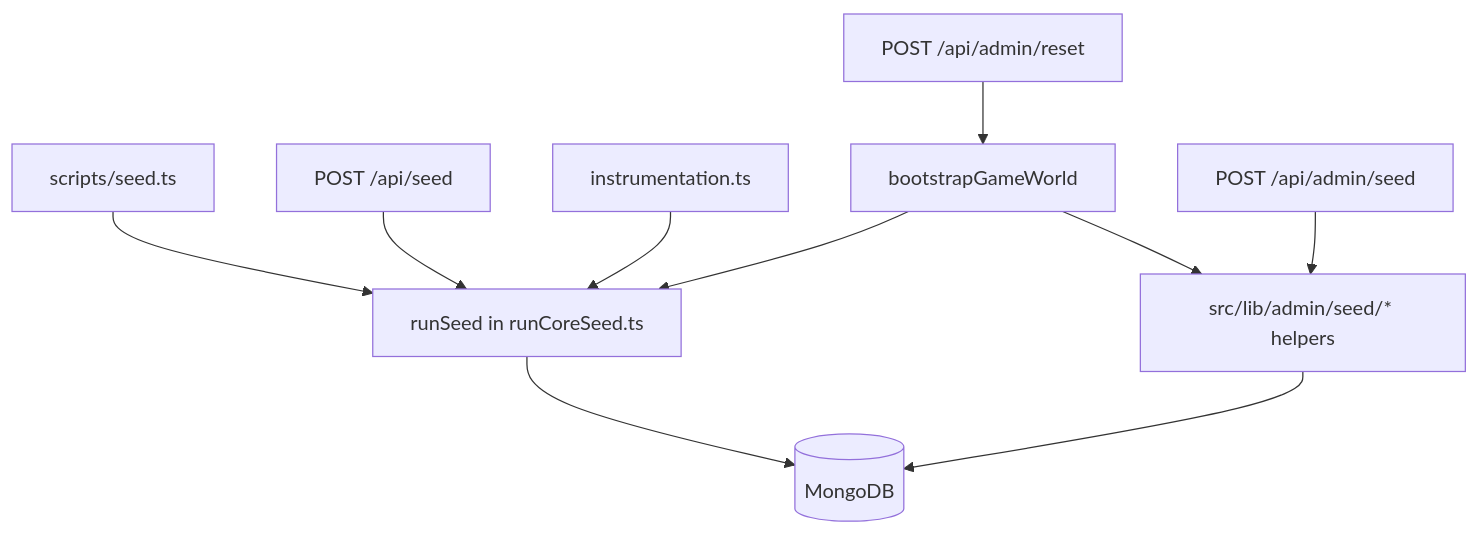
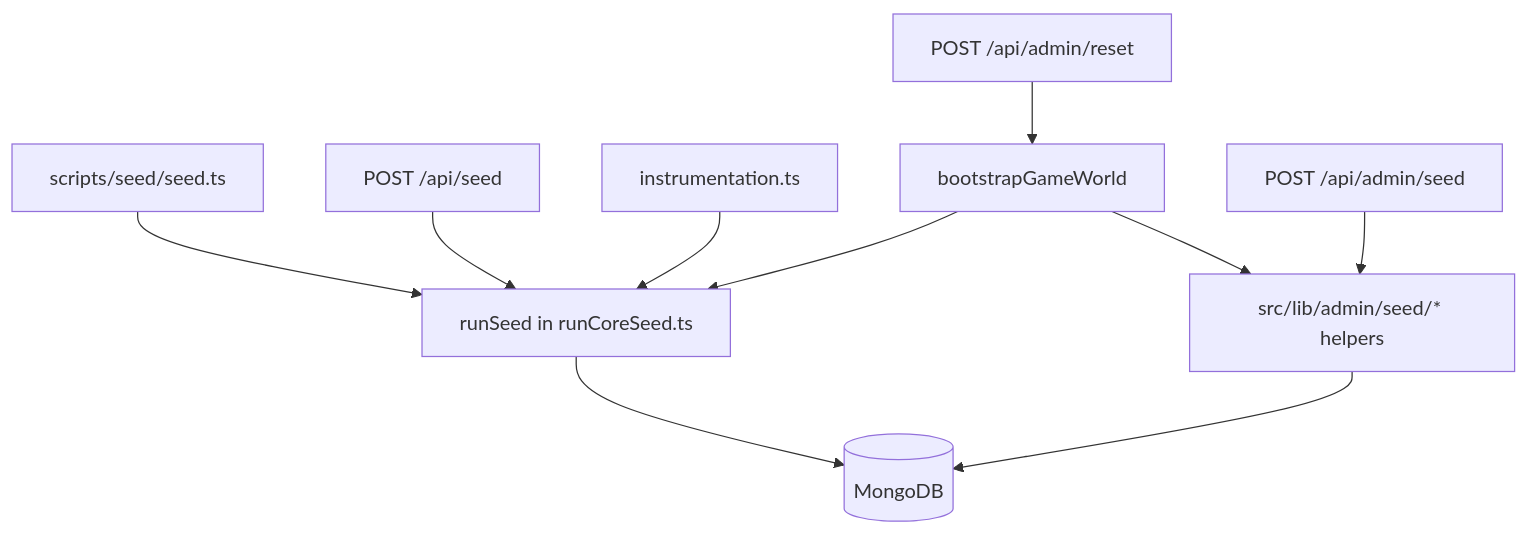
Before and after one commit to Egg3901/ahd-docs: the diagram in engineering/seed-bootstrap-call-graph.md, drawn with Mermaid. The commit also changed other lines of this file and 70 other files, not shown here.

````diff
--- a/engineering/seed-bootstrap-call-graph.md
+++ b/engineering/seed-bootstrap-call-graph.md
@@ -20,12 +20,12 @@
 ```mermaid
 flowchart TD
-  CLI[scripts/seed.ts] --> runSeed[runSeed in runCoreSeed.ts]
+  CLI[scripts/seed/seed.ts] --> runSeed[runSeed in runCoreSeed.ts]
   ApiSeed[POST /api/seed] --> runSeed
   Auto[instrumentation.ts] --> runSeed
   Bootstrap[bootstrapGameWorld] --> runSeed
   Bootstrap --> LibSeed[src/lib/admin/seed/* helpers]
   AdminSeed[POST /api/admin/seed] --> LibSeed
   LibSeed --> Mongo[(MongoDB)]
   runSeed --> Mongo
   Reset[POST /api/admin/reset] --> Bootstrap
 ```
````
